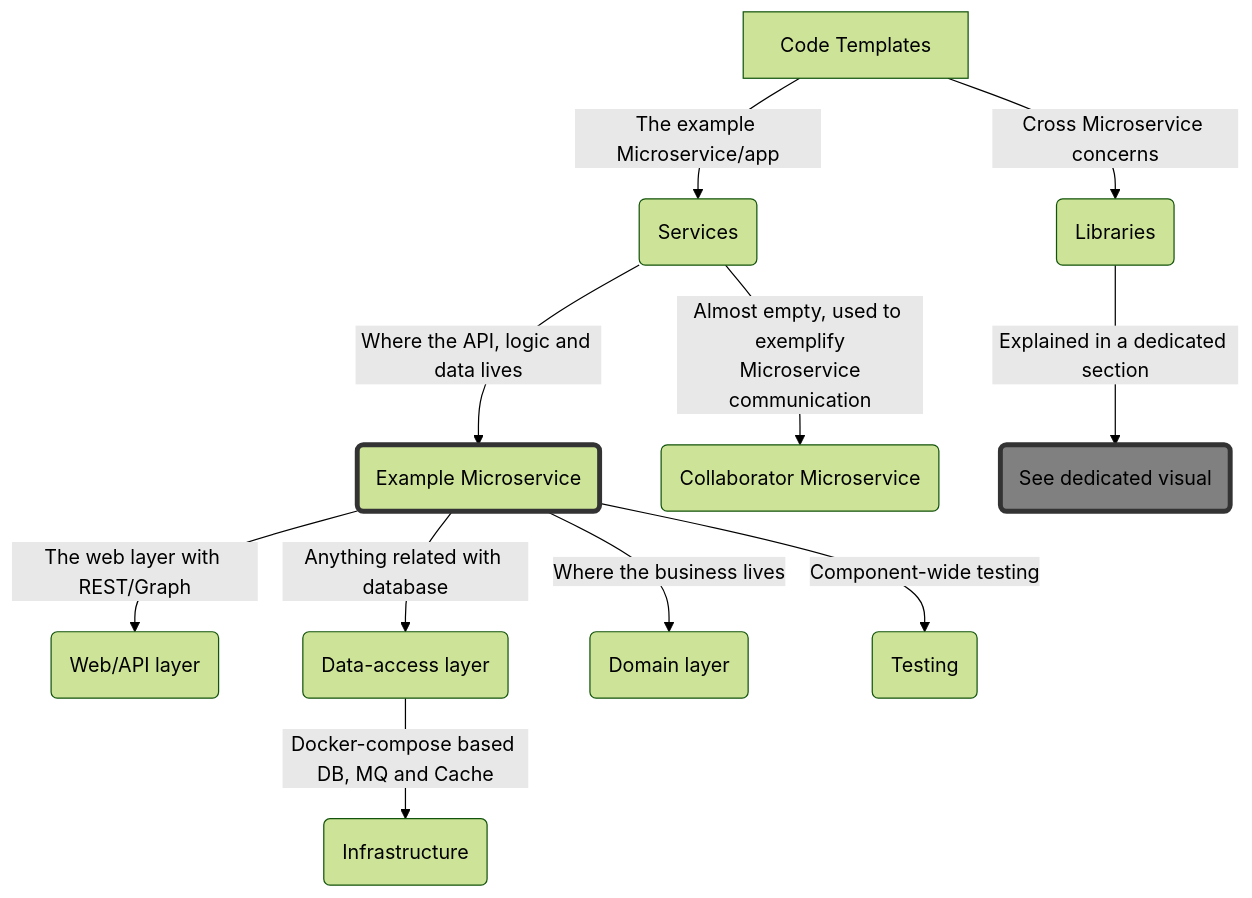
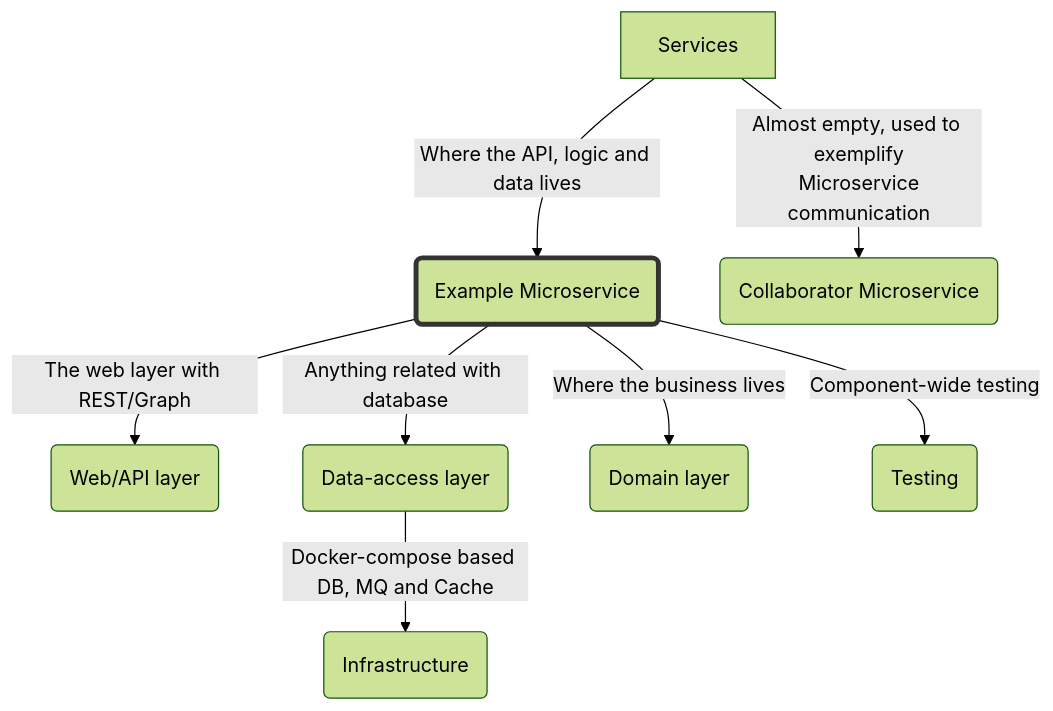
One commit to practicajs/practica changed the third of 3 diagrams in CONTRIBUTING.md. Above: the diagram before and after it, drawn with Mermaid.

````diff
--- a/CONTRIBUTING.md
+++ b/CONTRIBUTING.md
@@ -94,16 +94,12 @@
 ```mermaid
 %%{init: {'theme': 'forest', 'themeVariables': { 'primaryColor': '#ff0000', 'fontWeight': 'bold', 'fontFamily': 'comfortaa, Roboto'}}}%%
 graph
-      A[Code Templates] -->|The example Microservice/app| B(Services)
-      B -->|Where the API, logic and data lives| D(Example Microservice)
-      B -->|Almost empty, used to exemplify<br/> Microservice communication| E(Collaborator Microservice)
+      A[Services] -->|Where the API, logic and data lives| D(Example Microservice)
+      A -->|Almost empty, used to exemplify<br/> Microservice communication| E(Collaborator Microservice)
       D -->|The web layer with REST/Graph| G(Web/API layer) 
       N -->|Docker-compose based DB, MQ and Cache| F(Infrastructure)
       D -->|Where the business lives| M(Domain layer) 
       D -->|Anything related with database| N(Data-access layer)
-      A -->|Cross Microservice concerns| C(Libraries)
-      C -->|Explained in a dedicated section| K(See dedicated visual)
       D -->|Component-wide testing| S(Testing)
       style D stroke:#333,stroke-width:4px
-      style K fill: grey, stroke:#333,stroke-width:4px
 ```   
````
